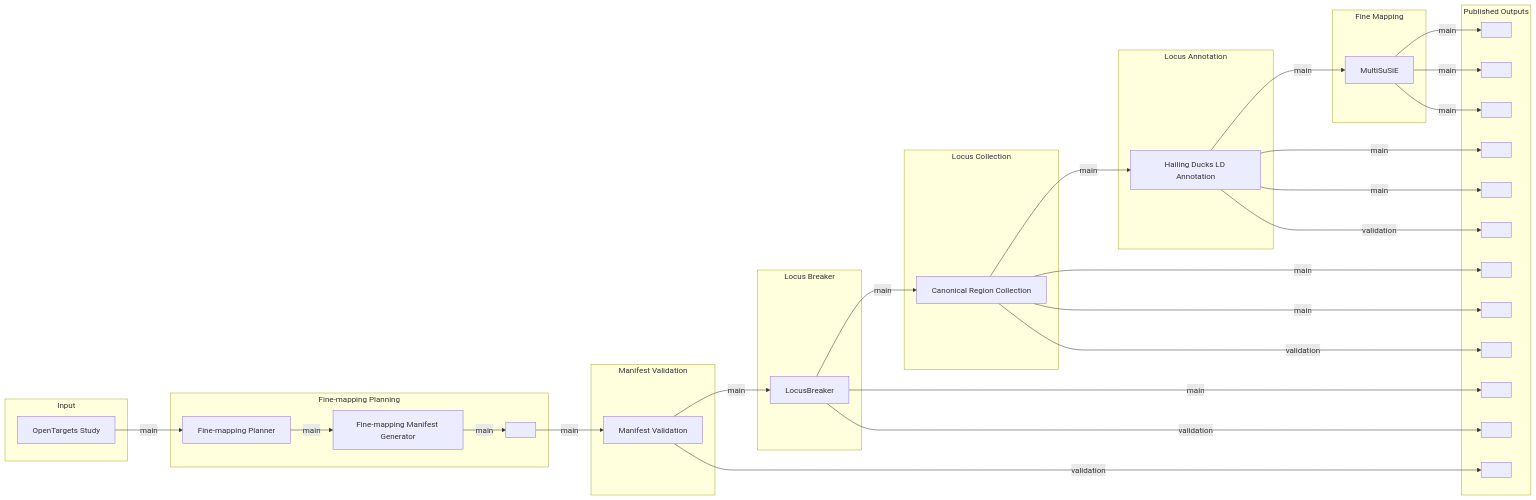
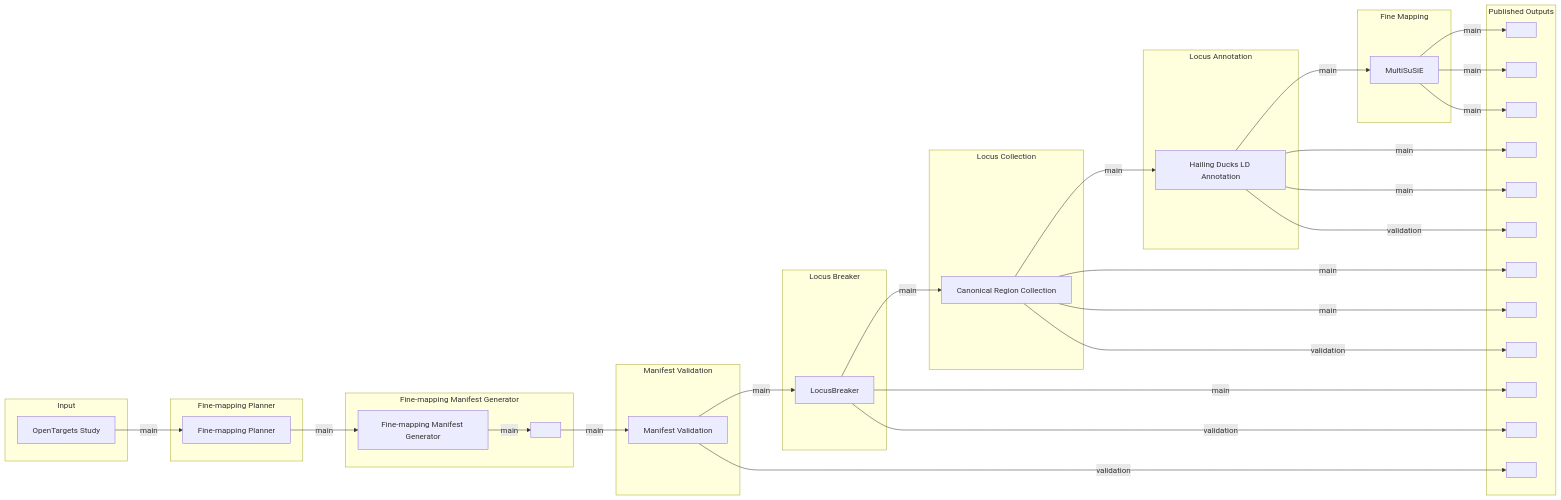
The diagram in docs/architecture/pipeline-metro-map.mmd (opentargets/nf-fine-mapping), drawn with Mermaid before and after one commit. The commit also changed 4 other files, not shown here.

First line of the commit message:
docs: split fine-mapping planner and manifest generator into separate steps

```diff
--- a/docs/architecture/pipeline-metro-map.mmd
+++ b/docs/architecture/pipeline-metro-map.mmd
@@ -1,88 +1,91 @@
 %%metro title: nf-fine-mapping pipeline
 %%metro caption: opentargets/nf-fine-mapping — rendered with nf-metro from main.nf
 %%metro style: dark
 %%metro line: main | Pipeline | #22d3ee
 %%metro line: validation | Validation & QC | #ef4444 | dashed
 
 %%metro file: manifest_in | TSV | Manifest
 %%metro dir: loci_out | Loci
 %%metro dir: collected_out | Collected Loci
 %%metro dir: collect_stats_out | Collection Stats
 %%metro dir: annotated_out | Annotated Locus Sets
 %%metro dir: ld_pair_stats_out | LD-pair Stats
 %%metro dir: credible_sets_out | Credible Sets
 %%metro dir: anndata_out | AnnData
 %%metro dir: fm_stats_out | Fine-mapping Stats
 %%metro dir: report_validation | Manifest Validation Report
 %%metro dir: status_lb | LocusBreaker Status
 %%metro dir: status_collection | Locus Collection Status
 %%metro dir: status_annotation | Locus Annotation Status
 
 graph LR
     subgraph input [Input]
         study_in[OpenTargets Study]
     end
 
-    subgraph fm_planning [Fine-mapping Planning]
+    subgraph fm_planner [Fine-mapping Planner]
         planner[Fine-mapping Planner]
+    end
+
+    subgraph fm_manifest [Fine-mapping Manifest Generator]
         manifest_gen[Fine-mapping Manifest Generator]
         manifest_in[ ]
-        planner -->|main| manifest_gen
         manifest_gen -->|main| manifest_in
     end
 
     subgraph validation_stage [Manifest Validation]
         validate[Manifest Validation]
     end
 
     subgraph locus_breaker [Locus Breaker]
         lb[LocusBreaker]
     end
 
     subgraph locus_collection [Locus Collection]
         collect[Canonical Region Collection]
     end
 
     subgraph locus_annotation [Locus Annotation]
         ld_hailing[Hailing Ducks LD Annotation]
     end
 
     subgraph fine_mapping [Fine Mapping]
         multisusie[MultiSuSiE]
     end
 
     subgraph publish [Published Outputs]
         loci_out[ ]
         collected_out[ ]
         collect_stats_out[ ]
         annotated_out[ ]
         ld_pair_stats_out[ ]
         credible_sets_out[ ]
         anndata_out[ ]
         fm_stats_out[ ]
         report_validation[ ]
         status_lb[ ]
         status_collection[ ]
         status_annotation[ ]
     end
 
     study_in -->|main| planner
+    planner -->|main| manifest_gen
     manifest_in -->|main| validate
     validate -->|main| lb
     lb -->|main| collect
     collect -->|main| ld_hailing
     ld_hailing -->|main| multisusie
 
     lb -->|main| loci_out
     collect -->|main| collected_out
     collect -->|main| collect_stats_out
     ld_hailing -->|main| annotated_out
     ld_hailing -->|main| ld_pair_stats_out
     multisusie -->|main| credible_sets_out
     multisusie -->|main| anndata_out
     multisusie -->|main| fm_stats_out
 
     validate -->|validation| report_validation
     lb -->|validation| status_lb
     collect -->|validation| status_collection
     ld_hailing -->|validation| status_annotation
```
